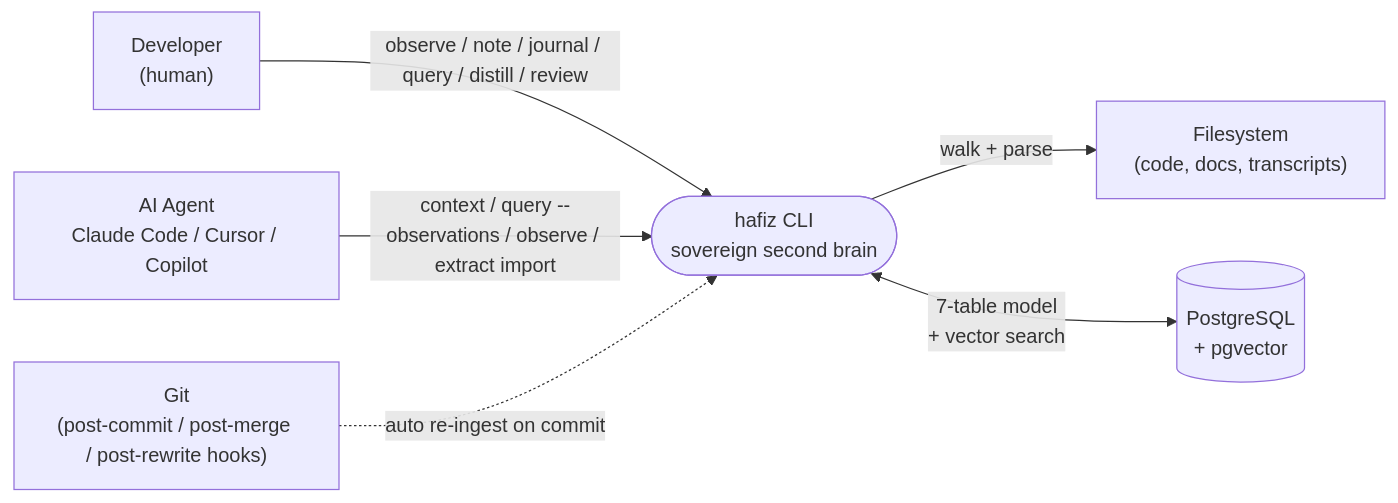
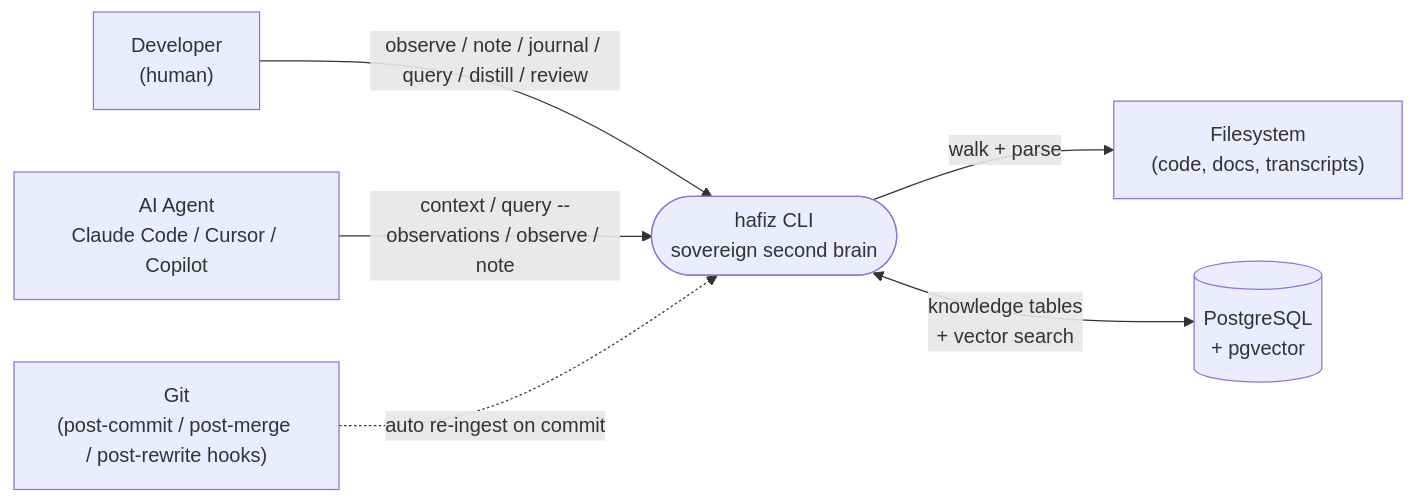
Before and after one commit to irsali/hafiz: the first of 7 diagrams in docs/architecture.md, drawn with Mermaid. The commit also changed other lines of this file and 56 other files, not shown here.

````diff
--- a/docs/architecture.md
+++ b/docs/architecture.md
@@ -13,15 +13,15 @@
 ```mermaid
 flowchart LR
     user["Developer<br>(human)"]
     agent["AI Agent<br>Claude Code / Cursor / Copilot"]
     git["Git<br>(post-commit / post-merge / post-rewrite hooks)"]
     fs["Filesystem<br>(code, docs, transcripts)"]
     cli(["hafiz CLI<br>sovereign second brain"])
     db[("PostgreSQL<br>+ pgvector")]
 
     user -->|"observe / note / journal / query / distill / review"| cli
-    agent -->|"context / query --observations / observe / extract import"| cli
+    agent -->|"context / query --observations / observe / note"| cli
     git -.->|"auto re-ingest on commit"| cli
     cli -->|"walk + parse"| fs
-    cli <-->|"7-table model<br>+ vector search"| db
+    cli <-->|"knowledge tables<br>+ vector search"| db
 ```
````
